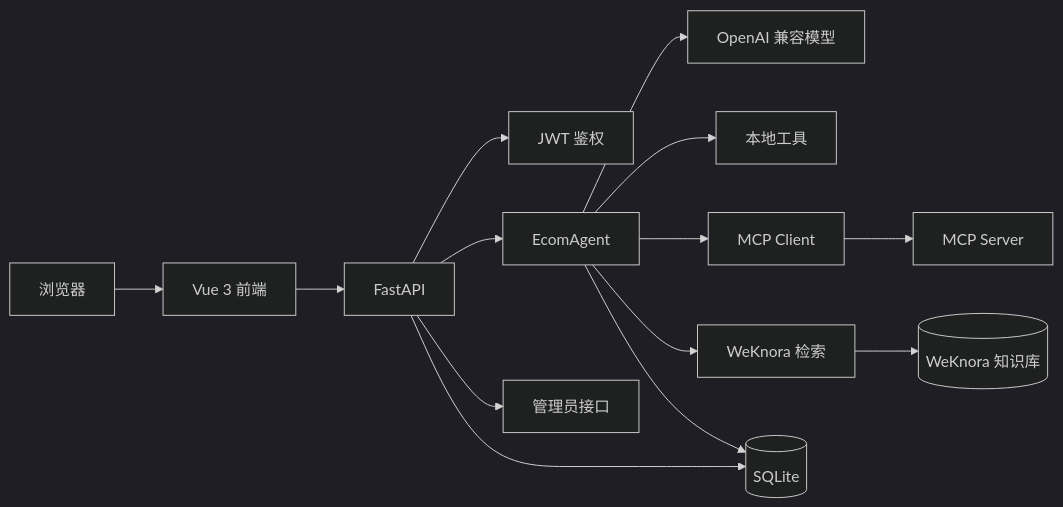
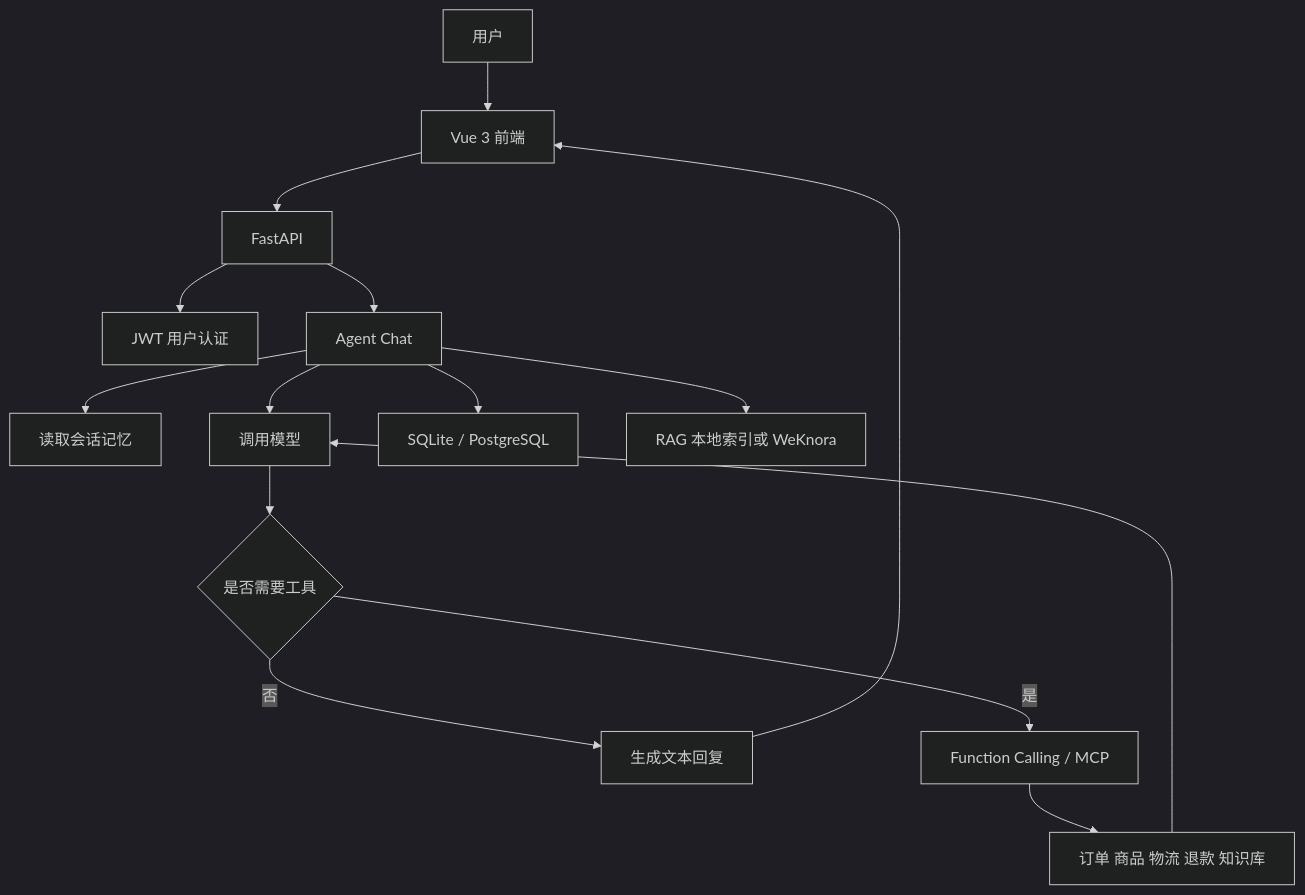
One commit to Keviniscool-boy/customer-service-agent changed the diagram in README.md. Above: the diagram before and after it, drawn with Mermaid (dark theme). The commit also changed other lines of this file, not shown here.

````diff
--- a/README.md
+++ b/README.md
@@ -36,16 +38,17 @@
 ```mermaid
-flowchart LR
-    U[浏览器] --> F[Vue 3 前端]
-    F --> A[FastAPI]
-    A --> J[JWT 鉴权]
-    A --> C[EcomAgent]
-    C --> M[OpenAI 兼容模型]
-    C --> T[本地工具]
-    C --> MC[MCP Client]
-    MC --> MS[MCP Server]
-    C --> R[WeKnora 检索]
-    R --> K[(WeKnora 知识库)]
-    C --> D[(SQLite)]
-    A --> D
-    A --> AD[管理员接口]
+flowchart TD
+    A[用户] --> B[Vue 3 前端]
+    B --> C[FastAPI]
+    C --> D[JWT 用户认证]
+    C --> E[Agent Chat]
+    E --> F[读取会话记忆]
+    E --> G[调用模型]
+    G --> H{是否需要工具}
+    H -->|否| I[生成文本回复]
+    H -->|是| J[Function Calling / MCP]
+    J --> K[订单 商品 物流 退款 知识库]
+    K --> G
+    E --> L[SQLite / PostgreSQL]
+    E --> M[RAG 本地索引或 WeKnora]
+    I --> B
 ```
````
